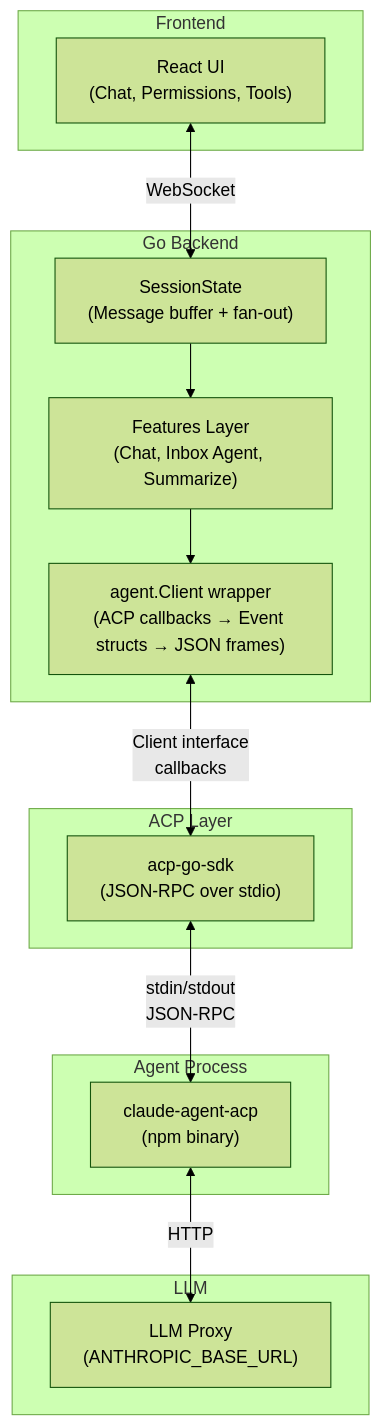
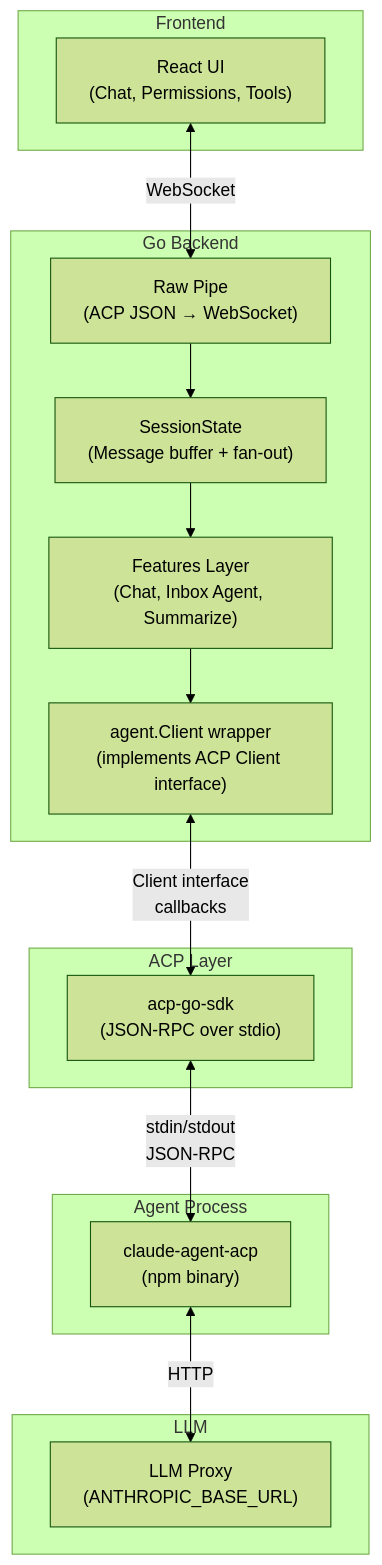
One commit to xiaoyuanzhu-com/my-life-db-docs changed the first of 3 diagrams in src/content/docs/tech-design/acp.md. Above: the diagram before and after it, drawn with Mermaid (forest theme). The commit also changed other lines of this file, not shown here.

First line of the commit message:
docs: document raw ACP pipe replacing WSBridge

````diff
--- a/src/content/docs/tech-design/acp.md
+++ b/src/content/docs/tech-design/acp.md
@@ -20,31 +20,33 @@
 ```mermaid
 graph TD
     subgraph "Frontend"
         UI["React UI\n(Chat, Permissions, Tools)"]
     end
 
     subgraph "Go Backend"
         Features["Features Layer\n(Chat, Inbox Agent, Summarize)"]
+        RawPipe["Raw Pipe\n(ACP JSON → WebSocket)"]
         SessionState["SessionState\n(Message buffer + fan-out)"]
-        Client["agent.Client wrapper\n(ACP callbacks → Event structs → JSON frames)"]
+        Client["agent.Client wrapper\n(implements ACP Client interface)"]
     end
 
     subgraph "ACP Layer"
         SDK["acp-go-sdk\n(JSON-RPC over stdio)"]
     end
 
     subgraph "Agent Process"
         AgentBin["claude-agent-acp\n(npm binary)"]
     end
 
     subgraph "LLM"
         Proxy["LLM Proxy\n(ANTHROPIC_BASE_URL)"]
     end
 
-    UI <-->|WebSocket| SessionState
+    UI <-->|WebSocket| RawPipe
+    RawPipe --> SessionState
     SessionState --> Features
     Features --> Client
     Client <-->|"Client interface\ncallbacks"| SDK
     SDK <-->|"stdin/stdout\nJSON-RPC"| AgentBin
     AgentBin <-->|HTTP| Proxy
 ```
````
